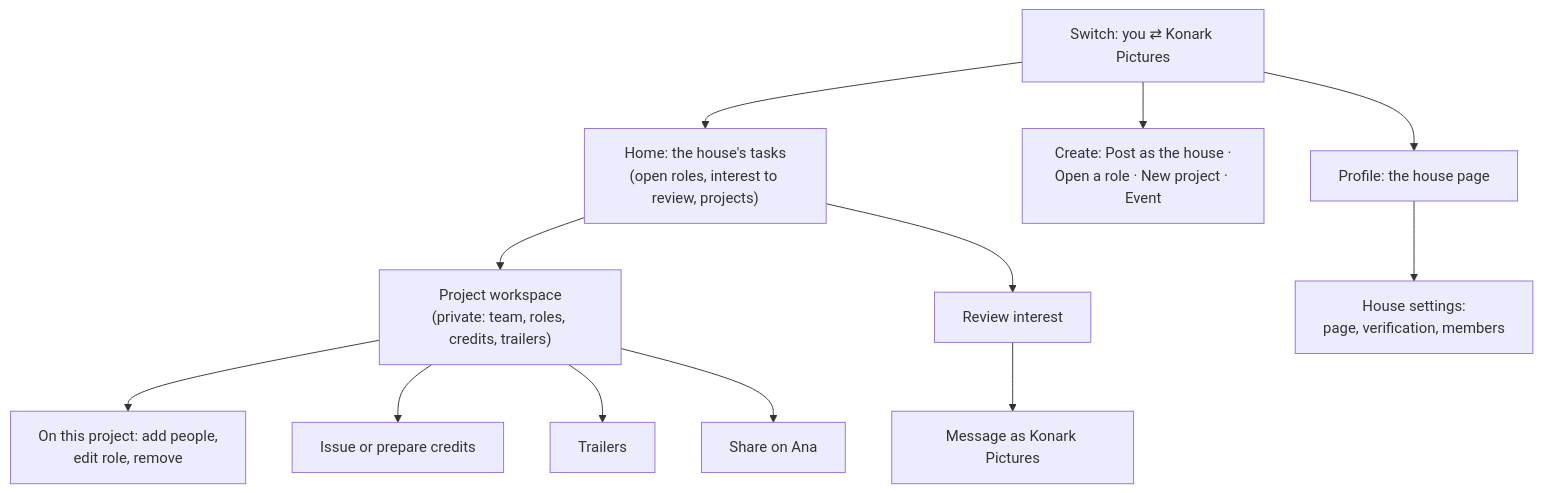
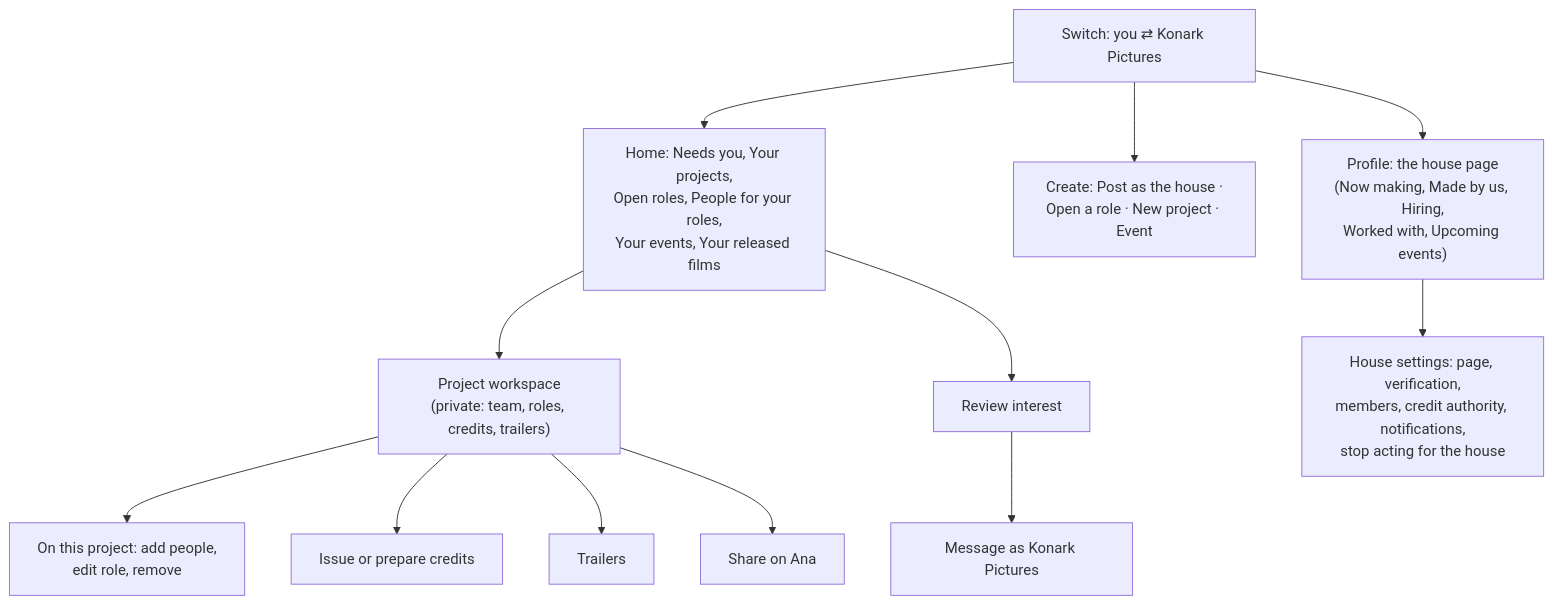
The third of 3 diagrams in docs/sunday/2-information-architecture.md (kirito-sketch/Art-Artist), drawn with Mermaid before and after one commit. The commit also changed other lines of this file and 8 other files, not shown here.

````diff
--- a/docs/sunday/2-information-architecture.md
+++ b/docs/sunday/2-information-architecture.md
@@ -59,14 +59,14 @@
 ```mermaid
 flowchart TB
-  Switch["Switch: you ⇄ Konark Pictures"] --> HHome["Home: the house's tasks<br/>(open roles, interest to review, projects)"]
+  Switch["Switch: you ⇄ Konark Pictures"] --> HHome["Home: Needs you, Your projects,<br/>Open roles, People for your roles,<br/>Your events, Your released films"]
   Switch --> HCreate["Create: Post as the house ·<br/>Open a role · New project · Event"]
-  Switch --> HProfile["Profile: the house page"]
+  Switch --> HProfile["Profile: the house page<br/>(Now making, Made by us, Hiring,<br/>Worked with, Upcoming events)"]
   HHome --> Workspace["Project workspace<br/>(private: team, roles, credits, trailers)"]
   Workspace --> Team["On this project: add people,<br/>edit role, remove"]
   Workspace --> IssueC["Issue or prepare credits"]
   Workspace --> Trailer["Trailers"]
   Workspace --> Share["Share on Ana"]
   HHome --> Review["Review interest"]
   Review --> MsgAs["Message as Konark Pictures"]
-  HProfile --> HSettings["House settings:<br/>page, verification, members"]
+  HProfile --> HSettings["House settings: page, verification,<br/>members, credit authority, notifications,<br/>stop acting for the house"]
 ```
````
